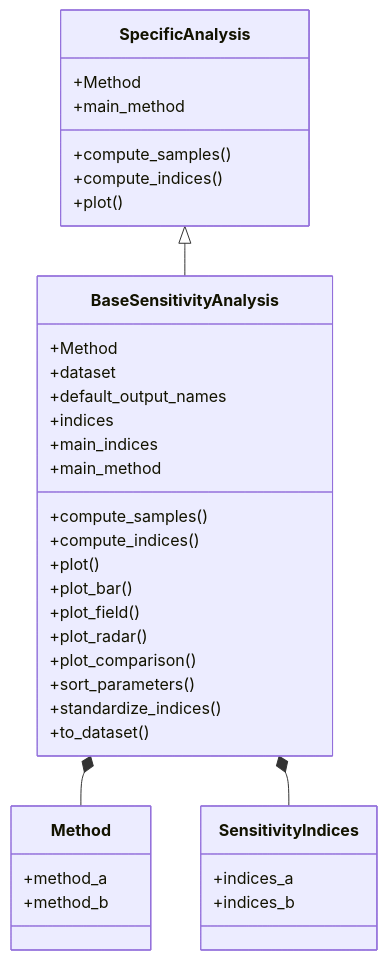
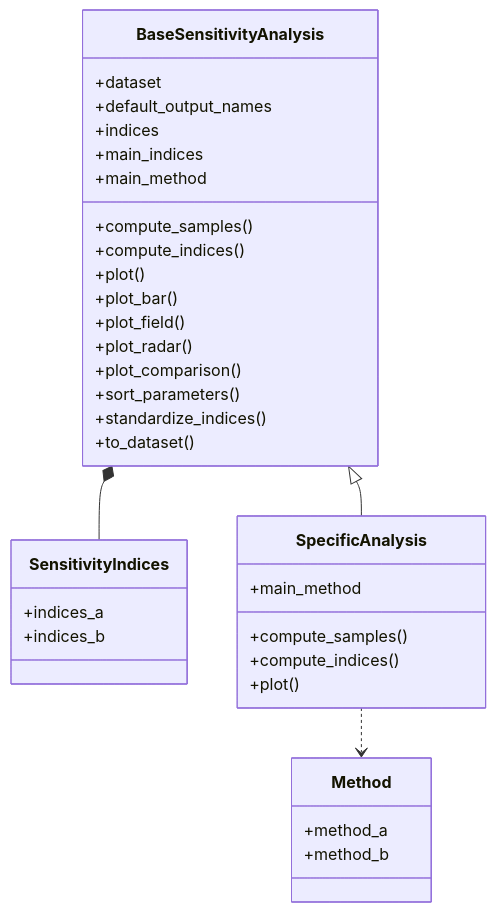
One commit to gemseo/gemseo changed the diagram in docs/uncertainty/sensitivity.md. Above: the diagram before and after it, drawn with Mermaid. The commit also changed 11 other files, not shown here.

Commit message:
Extract Method attribute from sensitivity analyses

````diff
--- a/docs/uncertainty/sensitivity.md
+++ b/docs/uncertainty/sensitivity.md
@@ -29,43 +29,41 @@
 ```mermaid
 classDiagram
    class SensitivityIndices {
       +indices_a
       +indices_b
    }
 
    class Method {
       +method_a
       +method_b
    }
 
    class BaseSensitivityAnalysis {
-      +Method
       +dataset
       +default_output_names
       +indices
       +main_indices
       +main_method
       +compute_samples()
       +compute_indices()
       +plot()
       +plot_bar()
       +plot_field()
       +plot_radar()
       +plot_comparison()
       +sort_parameters()
       +standardize_indices()
       +to_dataset()
    }
 
    class SpecificAnalysis {
-      +Method
       +main_method
       +compute_samples()
       +compute_indices()
       +plot()
    }
 
-   SpecificAnalysis <|-- BaseSensitivityAnalysis
-   BaseSensitivityAnalysis *-- Method
+   SpecificAnalysis ..> Method
+   BaseSensitivityAnalysis <|-- SpecificAnalysis
    BaseSensitivityAnalysis *-- SensitivityIndices
 ```
````
